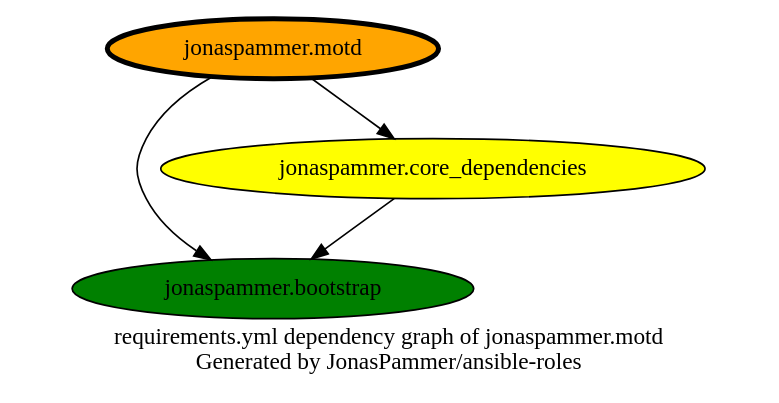
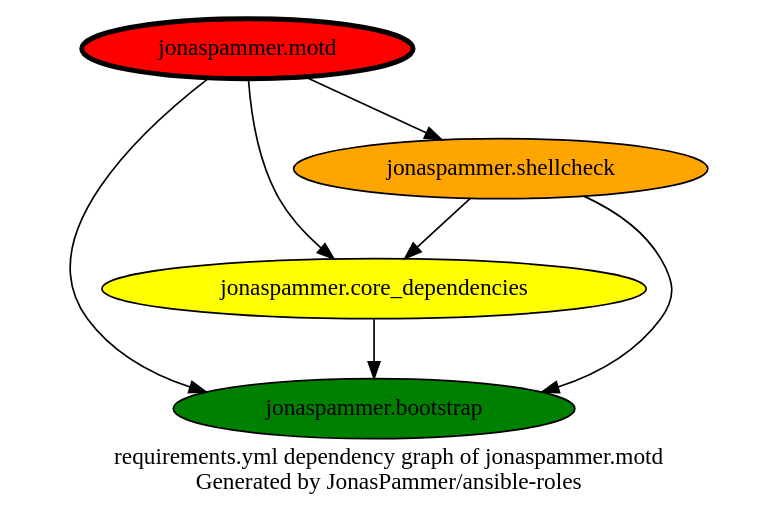
Before and after one commit to JonasPammer/ansible-roles: the diagram in graphs/dependencies_motd.dot, drawn with Graphviz. The commit also changed 5 other files, not shown here.

```diff
--- a/graphs/dependencies_motd.dot
+++ b/graphs/dependencies_motd.dot
@@ -1,14 +1,16 @@
 digraph hierarchy {
   label = "requirements.yml dependency graph of jonaspammer.motd \n Generated by JonasPammer/ansible-roles" ;
   overlap=false
 
   {
-    "jonaspammer.motd" [fillcolor=orange style=filled penwidth=3]
+    "jonaspammer.motd" [fillcolor=red style=filled penwidth=3]
     "jonaspammer.bootstrap" [fillcolor=green style=filled ]
     "jonaspammer.core_dependencies" [fillcolor=yellow style=filled ]
+    "jonaspammer.shellcheck" [fillcolor=orange style=filled ]
   }
 
 
-  "jonaspammer.motd" -> {"jonaspammer.bootstrap" "jonaspammer.core_dependencies"}
+  "jonaspammer.motd" -> {"jonaspammer.bootstrap" "jonaspammer.core_dependencies" "jonaspammer.shellcheck"}
   "jonaspammer.core_dependencies" -> {"jonaspammer.bootstrap"}
+  "jonaspammer.shellcheck" -> {"jonaspammer.bootstrap" "jonaspammer.core_dependencies"}
 }
```
